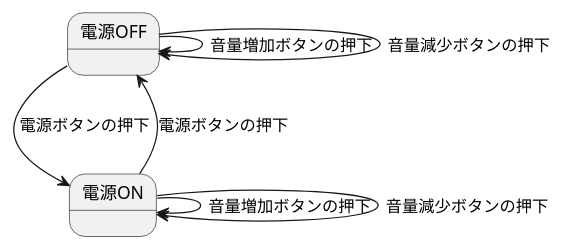
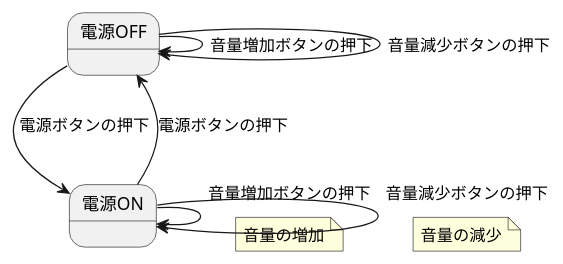
One commit to Miyoshi-Ryota/how-to-create-bgp changed the first of 2 diagrams in howtocreatebgpd.adoc. Above: the diagram before and after it, drawn with PlantUML.

Commit message:
ノートを追加して動作を表せるようにしたよ！

```diff
--- a/howtocreatebgpd.adoc
+++ b/howtocreatebgpd.adoc
@@ -69,17 +69,23 @@
 [plantuml]
 ----
 @startuml
 
 state 電源OFF
 
 state 電源ON
 
 電源OFF --> 電源ON : 電源ボタンの押下
 電源OFF --> 電源OFF : 音量増加ボタンの押下
 電源OFF --> 電源OFF : 音量減少ボタンの押下
 電源ON --> 電源OFF : 電源ボタンの押下
 電源ON --> 電源ON : 音量増加ボタンの押下
+note on link 
+   音量の増加
+end note
 電源ON --> 電源ON : 音量減少ボタンの押下
+note on link 
+  音量の減少
+end note
 
 @enduml
 ----
```
